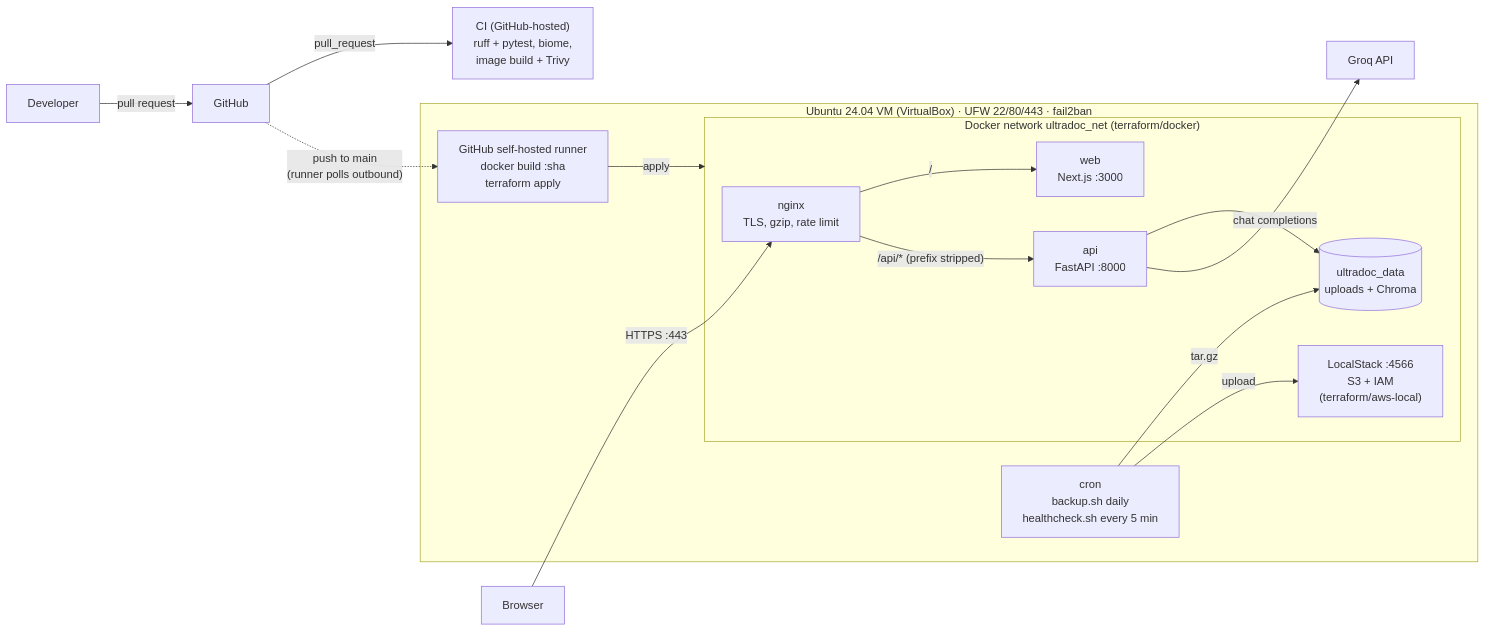
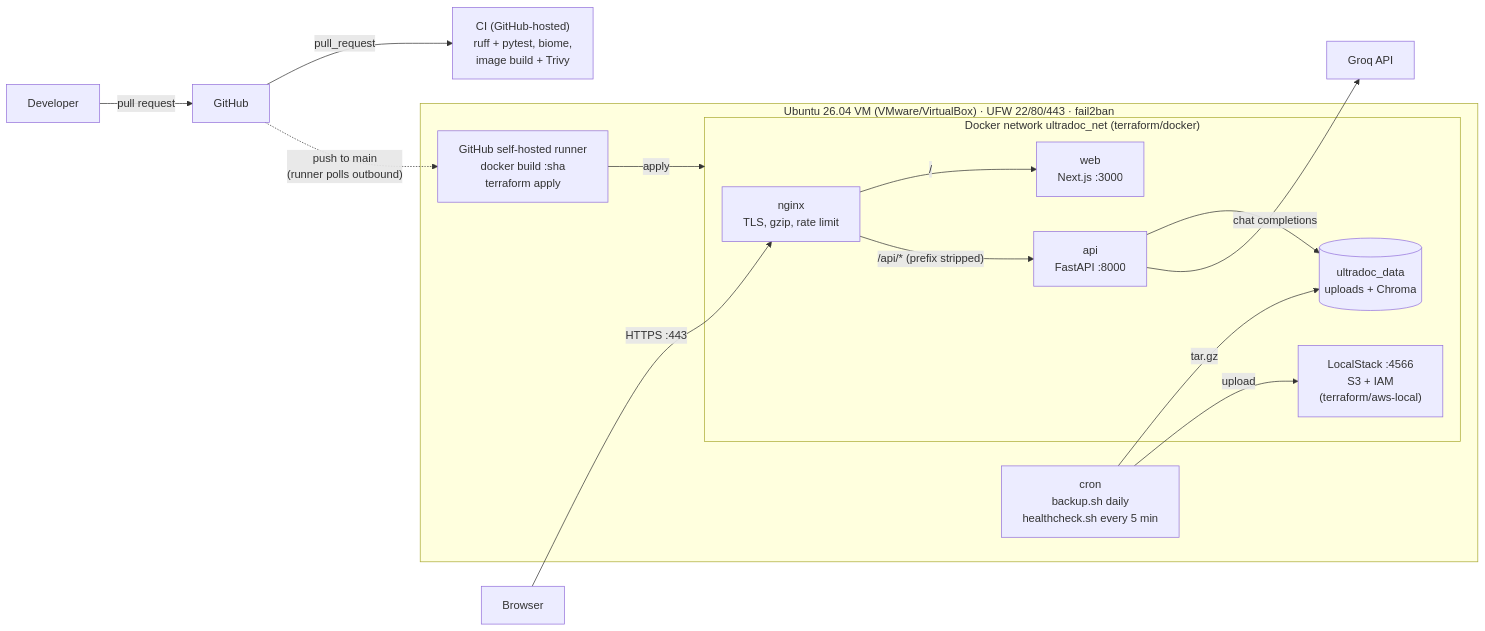
Before and after one commit to sunny-pixels/ship-doc-ai-devops: the third of 4 diagrams in README.md, drawn with Mermaid. The commit also changed other lines of this file and 2 other files, not shown here.

First line of the commit message:
server-setup: support Ubuntu 26.04, detach apt from the terminal

````diff
--- a/README.md
+++ b/README.md
@@ -211,29 +211,29 @@
 ```mermaid
 flowchart LR
     Dev[Developer] -->|pull request| GH[GitHub]
     GH -->|pull_request| CI["CI (GitHub-hosted)<br/>ruff + pytest, biome,<br/>image build + Trivy"]
     GH -.->|"push to main<br/>(runner polls outbound)"| Runner
 
     Browser -->|HTTPS :443| Nginx
 
-    subgraph VM["Ubuntu 24.04 VM (VirtualBox) · UFW 22/80/443 · fail2ban"]
+    subgraph VM["Ubuntu 26.04 VM (VMware/VirtualBox) · UFW 22/80/443 · fail2ban"]
         Runner["GitHub self-hosted runner<br/>docker build :sha<br/>terraform apply"]
         Cron["cron<br/>backup.sh daily<br/>healthcheck.sh every 5 min"]
 
         subgraph Docker["Docker network ultradoc_net (terraform/docker)"]
             Nginx["nginx<br/>TLS, gzip, rate limit"]
             Web["web<br/>Next.js :3000"]
             API["api<br/>FastAPI :8000"]
             Vol[("ultradoc_data<br/>uploads + Chroma")]
             LS["LocalStack :4566<br/>S3 + IAM<br/>(terraform/aws-local)"]
         end
     end
 
     Nginx -->|/| Web
     Nginx -->|"/api/* (prefix stripped)"| API
     API --> Vol
     API -->|chat completions| Groq[Groq API]
     Runner -->|apply| Docker
     Cron -->|tar.gz| Vol
     Cron -->|upload| LS
 ```
````
